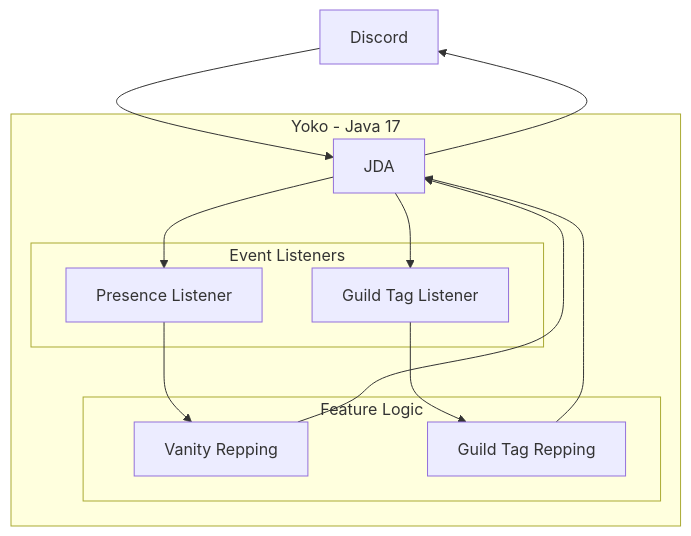
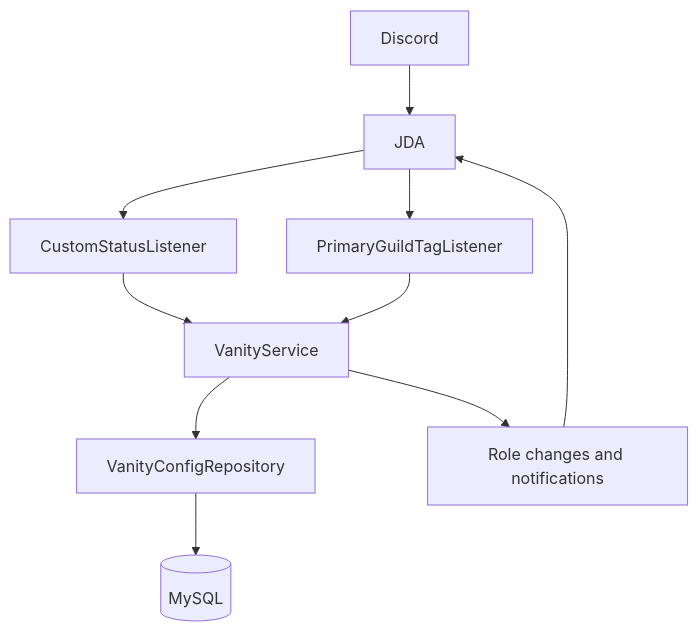
One commit to xq-ren/yoko-public changed the second of 2 diagrams in README.md. Above: the diagram before and after it, drawn with Mermaid. The commit also changed other lines of this file, not shown here.

````diff
--- a/README.md
+++ b/README.md
@@ -101,29 +140,16 @@
 ```mermaid
-flowchart TB
-    Discord[Discord]
+flowchart TD
+    Discord[Discord] --> JDA[JDA]
 
-    subgraph Yoko["Yoko - Java 17"]
-        JDA[JDA]
+    JDA --> Status[CustomStatusListener]
+    JDA --> Tag[PrimaryGuildTagListener]
 
-        subgraph Listeners["Event Listeners"]
-            Presence[Presence Listener]
-            Guild[Guild Tag Listener]
-        end
+    Status --> Service[VanityService]
+    Tag --> Service
 
-        subgraph Features["Feature Logic"]
-            Vanity[Vanity Repping]
-            GuildTag[Guild Tag Repping]
-        end
+    Service --> Repository[VanityConfigRepository]
+    Repository --> Database[(MySQL)]
 
-        JDA --> Presence
-        JDA --> Guild
-
-        Presence --> Vanity
-        Guild --> GuildTag
-    end
-
-    Discord --> JDA
-    Vanity --> JDA
-    GuildTag --> JDA
-    JDA --> Discord
+    Service --> Actions[Role changes and notifications]
+    Actions --> JDA
 ```
````
